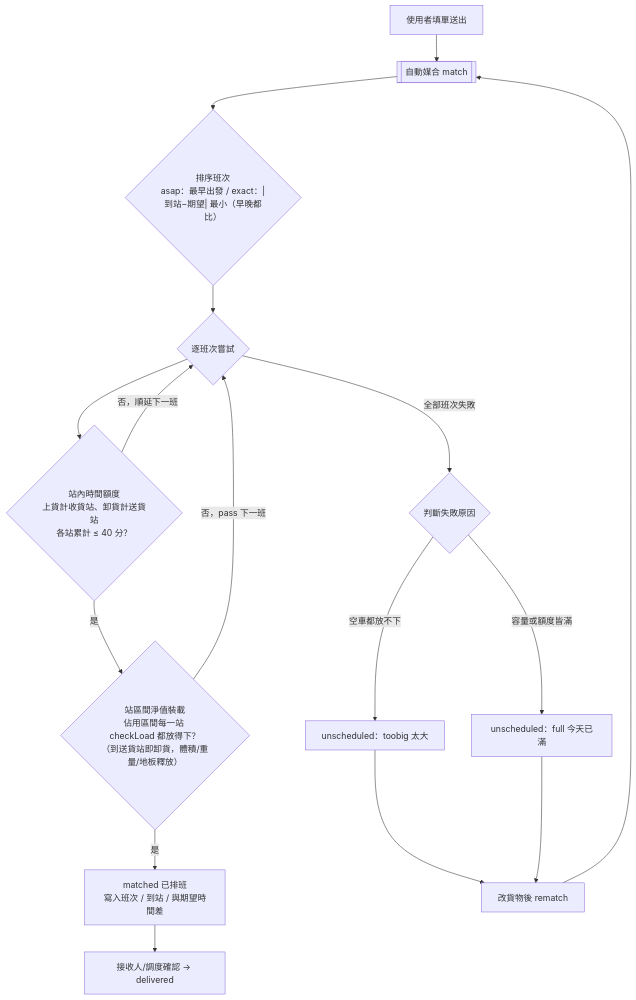
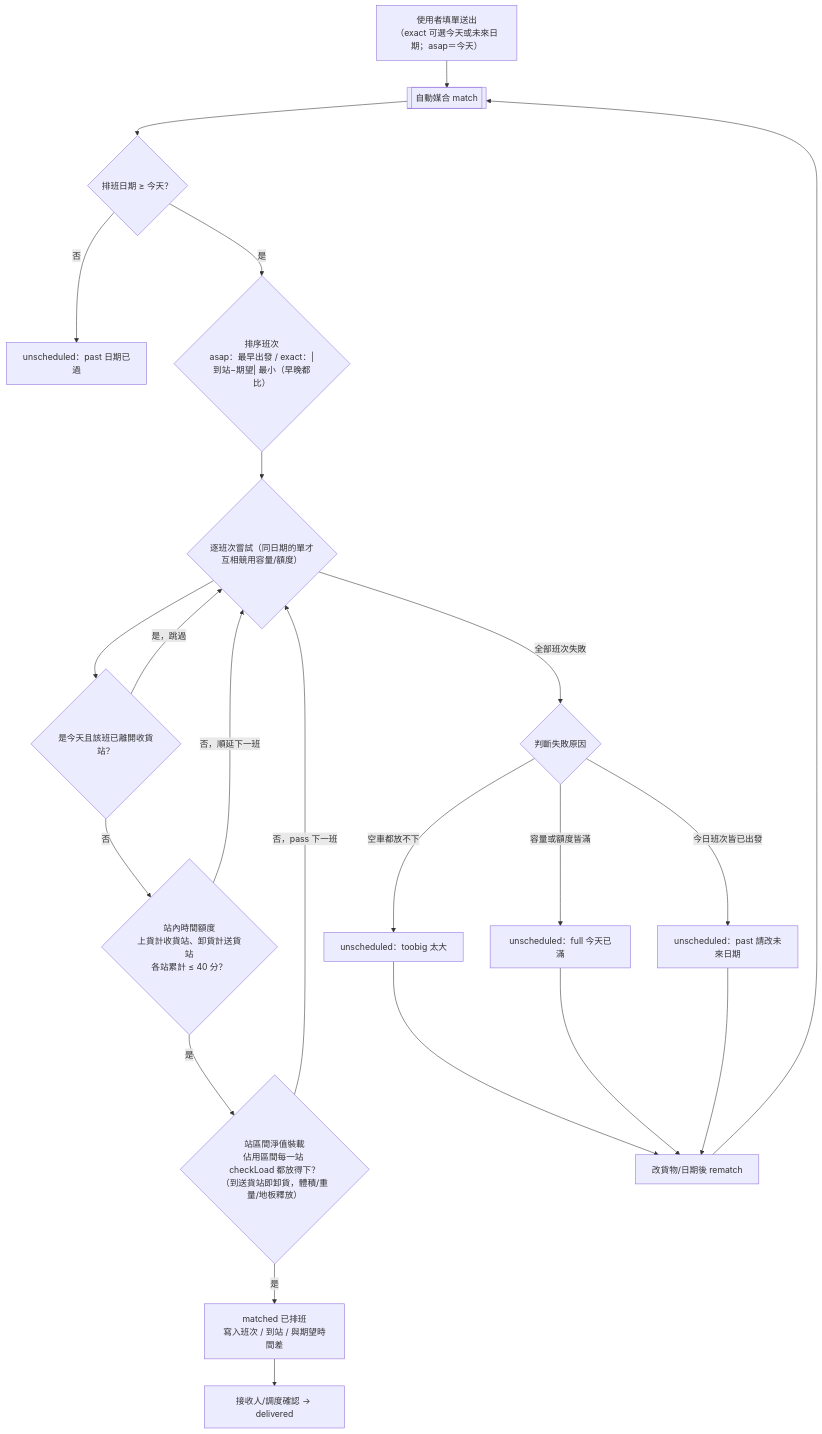
One commit to khcheng77/car-transport changed the first of 6 diagrams in docs/LOGIC.md. Above: the diagram before and after it, drawn with Mermaid. The commit also changed other lines of this file and 5 other files, not shown here.

````diff
--- a/docs/LOGIC.md
+++ b/docs/LOGIC.md
@@ -245,18 +254,24 @@
 ```mermaid
 flowchart TD
-  A0["使用者填單送出"] --> A1[["自動媒合 match"]]
-  A1 --> A2{"排序班次<br/>asap：最早出發 / exact：|到站−期望| 最小（早晚都比）"}
-  A2 --> A3{"逐班次嘗試"}
-  A3 --> C2{"站內時間額度<br/>上貨計收貨站、卸貨計送貨站<br/>各站累計 ≤ 40 分？"}
+  A0["使用者填單送出<br/>（exact 可選今天或未來日期；asap＝今天）"] --> A1[["自動媒合 match"]]
+  A1 --> D0{"排班日期 ≥ 今天？"}
+  D0 -- 否 --> DP["unscheduled：past 日期已過"]
+  D0 -- 是 --> A2{"排序班次<br/>asap：最早出發 / exact：|到站−期望| 最小（早晚都比）"}
+  A2 --> A3{"逐班次嘗試（同日期的單才互相競用容量/額度）"}
+  A3 --> T0{"是今天且該班已離開收貨站？"}
+  T0 -- 是，跳過 --> A3
+  T0 -- 否 --> C2{"站內時間額度<br/>上貨計收貨站、卸貨計送貨站<br/>各站累計 ≤ 40 分？"}
   C2 -- 否，順延下一班 --> A3
   C2 -- 是 --> C3{"站區間淨值裝載<br/>佔用區間每一站 checkLoad 都放得下？<br/>（到送貨站即卸貨，體積/重量/地板釋放）"}
   C3 -- 是 --> M["matched 已排班<br/>寫入班次 / 到站 / 與期望時間差"]
   C3 -- 否，pass 下一班 --> A3
   A3 -- 全部班次失敗 --> F{"判斷失敗原因"}
+  F -- 今日班次皆已出發 --> Fp["unscheduled：past 請改未來日期"]
   F -- 空車都放不下 --> Ft["unscheduled：toobig 太大"]
   F -- 容量或額度皆滿 --> Fu["unscheduled：full 今天已滿"]
   M --> D["接收人/調度確認 → delivered"]
-  Ft --> R["改貨物後 rematch"]
+  Ft --> R["改貨物/日期後 rematch"]
   Fu --> R
+  Fp --> R
   R --> A1
 ```
````
